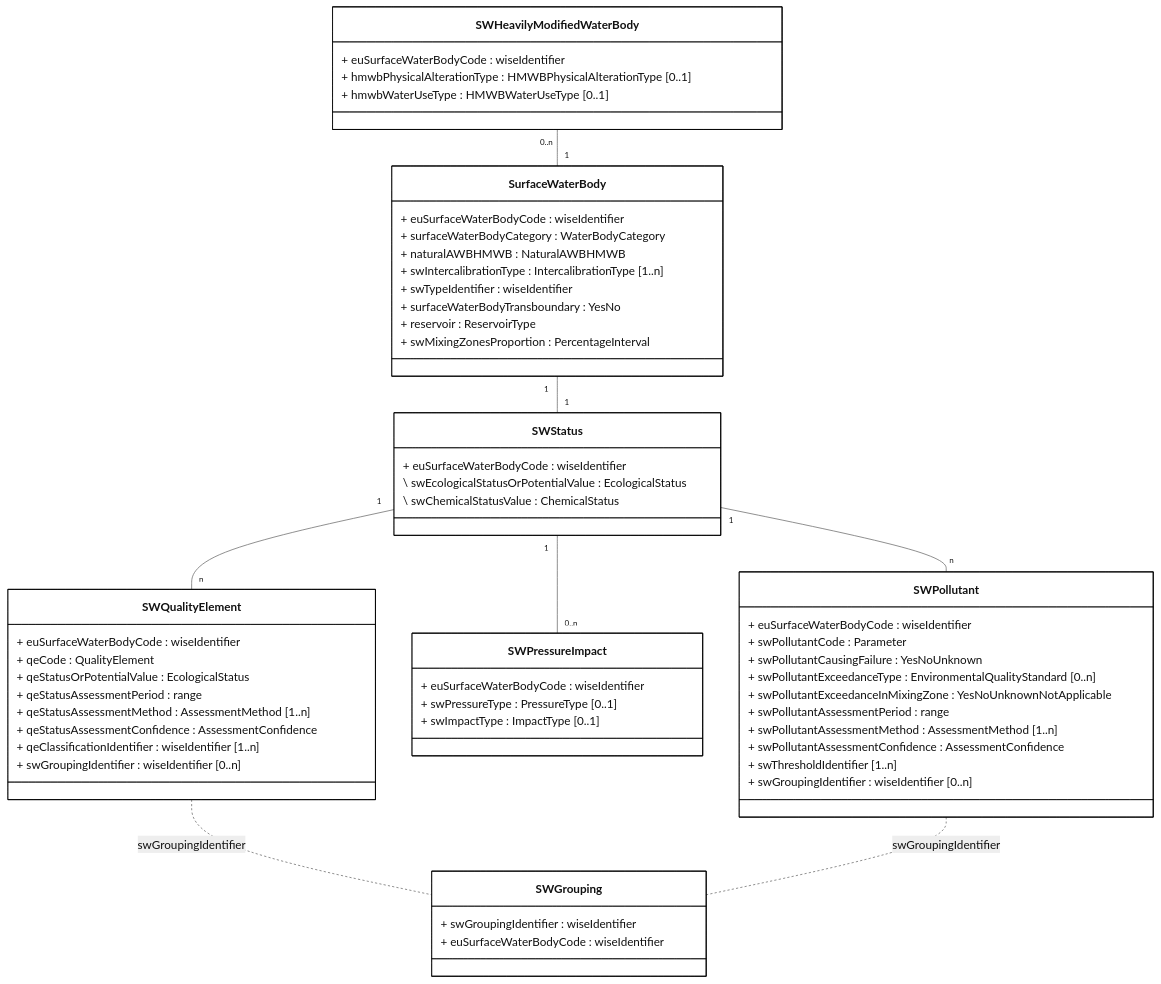
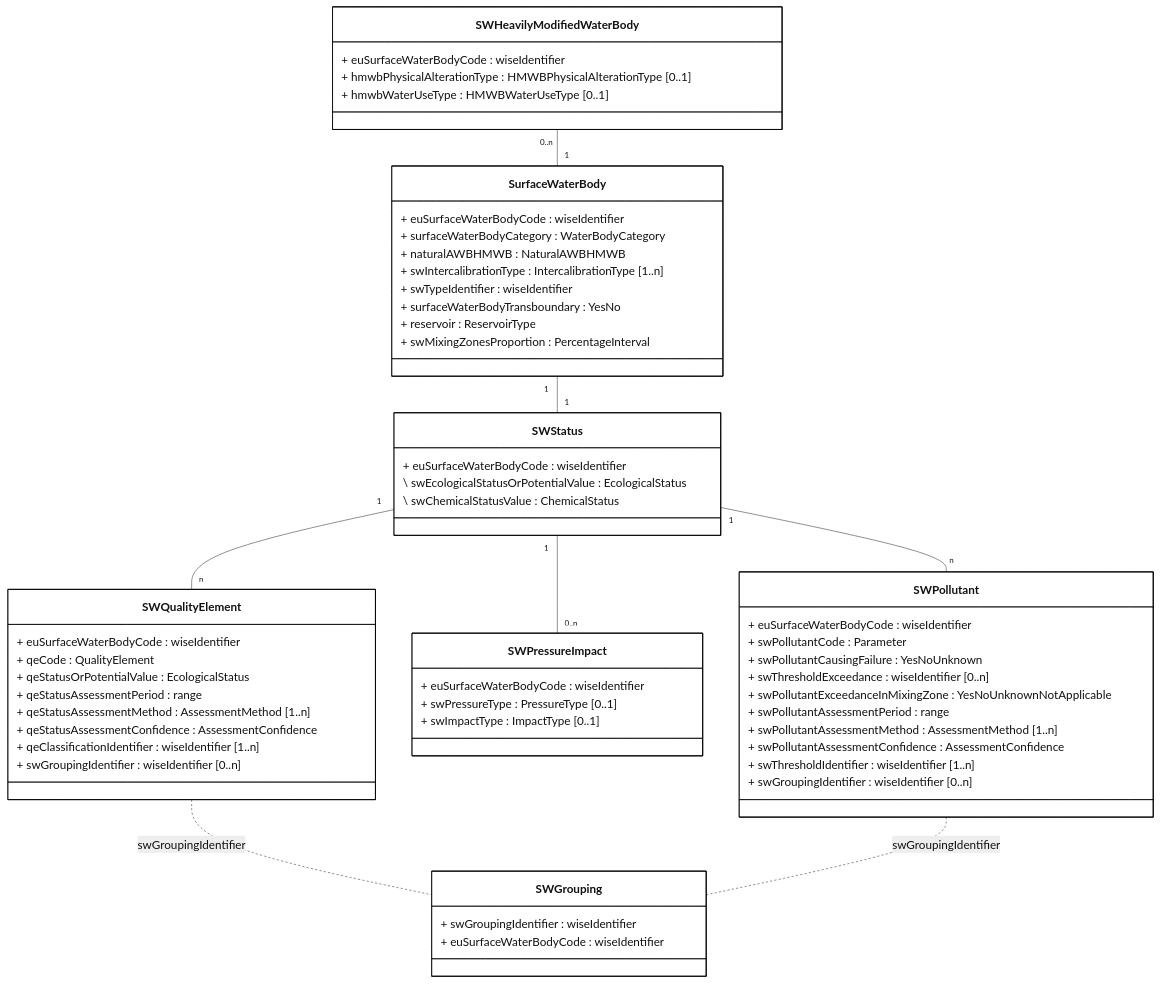
The diagram in docs/DataModelReview/mmd/SurfaceWater_4thCycle_DescriptiveData_ClassDiagram.mmd (eeadata/WISE.WFD.Documentation), drawn with Mermaid before and after one commit. The commit also changed 2 other files, not shown here.

Commit message:
Correcting the cardinalities associated with Threshold classes

```diff
--- a/docs/DataModelReview/mmd/SurfaceWater_4thCycle_DescriptiveData_ClassDiagram.mmd
+++ b/docs/DataModelReview/mmd/SurfaceWater_4thCycle_DescriptiveData_ClassDiagram.mmd
@@ -1,81 +1,81 @@
 ---
 config:
   class:
     hideEmptyMembersBox: true
   layout: dagre
   theme: neutral
 ---
 classDiagram
 direction TB
 
 class SurfaceWaterBody {
     + euSurfaceWaterBodyCode : wiseIdentifier
     + surfaceWaterBodyCategory : WaterBodyCategory
     + naturalAWBHMWB : NaturalAWBHMWB
     + swIntercalibrationType : IntercalibrationType [1..n]
     + swTypeIdentifier : wiseIdentifier
     + surfaceWaterBodyTransboundary : YesNo
     + reservoir : ReservoirType
     + swMixingZonesProportion : PercentageInterval
 }
 
 class SWStatus {
     + euSurfaceWaterBodyCode : wiseIdentifier
     \ swEcologicalStatusOrPotentialValue : EcologicalStatus
     \ swChemicalStatusValue : ChemicalStatus
 }
 
 class SWPollutant {
     + euSurfaceWaterBodyCode : wiseIdentifier
     + swPollutantCode : Parameter
     + swPollutantCausingFailure : YesNoUnknown
-    + swPollutantExceedanceType : EnvironmentalQualityStandard [0..n]
+    + swThresholdExceedance : wiseIdentifier [0..n]
     + swPollutantExceedanceInMixingZone : YesNoUnknownNotApplicable
     
     + swPollutantAssessmentPeriod : range
     + swPollutantAssessmentMethod : AssessmentMethod [1..n]
     + swPollutantAssessmentConfidence : AssessmentConfidence
 
-    + swThresholdIdentifier [1..n]
+    + swThresholdIdentifier : wiseIdentifier [1..n]
     + swGroupingIdentifier : wiseIdentifier [0..n]
 }
 
 class SWPressureImpact {
     + euSurfaceWaterBodyCode : wiseIdentifier
     + swPressureType : PressureType [0..1]
     + swImpactType : ImpactType  [0..1]
 }
 
 class SWHeavilyModifiedWaterBody {
     + euSurfaceWaterBodyCode : wiseIdentifier
     + hmwbPhysicalAlterationType : HMWBPhysicalAlterationType [0..1]
     + hmwbWaterUseType : HMWBWaterUseType [0..1]
 }
 
 class SWQualityElement{
     + euSurfaceWaterBodyCode : wiseIdentifier
     + qeCode : QualityElement
     + qeStatusOrPotentialValue : EcologicalStatus
     + qeStatusAssessmentPeriod : range
     + qeStatusAssessmentMethod : AssessmentMethod [1..n]
     + qeStatusAssessmentConfidence : AssessmentConfidence
     + qeClassificationIdentifier : wiseIdentifier [1..n]
     + swGroupingIdentifier : wiseIdentifier [0..n]
 }
 class SWGrouping{
     + swGroupingIdentifier : wiseIdentifier
     + euSurfaceWaterBodyCode : wiseIdentifier
 }
 
 SWHeavilyModifiedWaterBody "0..n" -- "1" SurfaceWaterBody 
 SurfaceWaterBody "1" -- "1" SWStatus
 SWStatus "1" -- "n" SWQualityElement
 SWStatus "1" -- "0..n" SWPressureImpact
 SWStatus "1" -- "n" SWPollutant
 
 SWQualityElement .. SWGrouping : swGroupingIdentifier
 SWPollutant .. SWGrouping : swGroupingIdentifier
 
 classDef default fill:white,stroke:#000;
 classDef forFixing fill:white,stroke:#f00;
 classDef otherDataset fill:lightyellow,stroke:#000;
```
